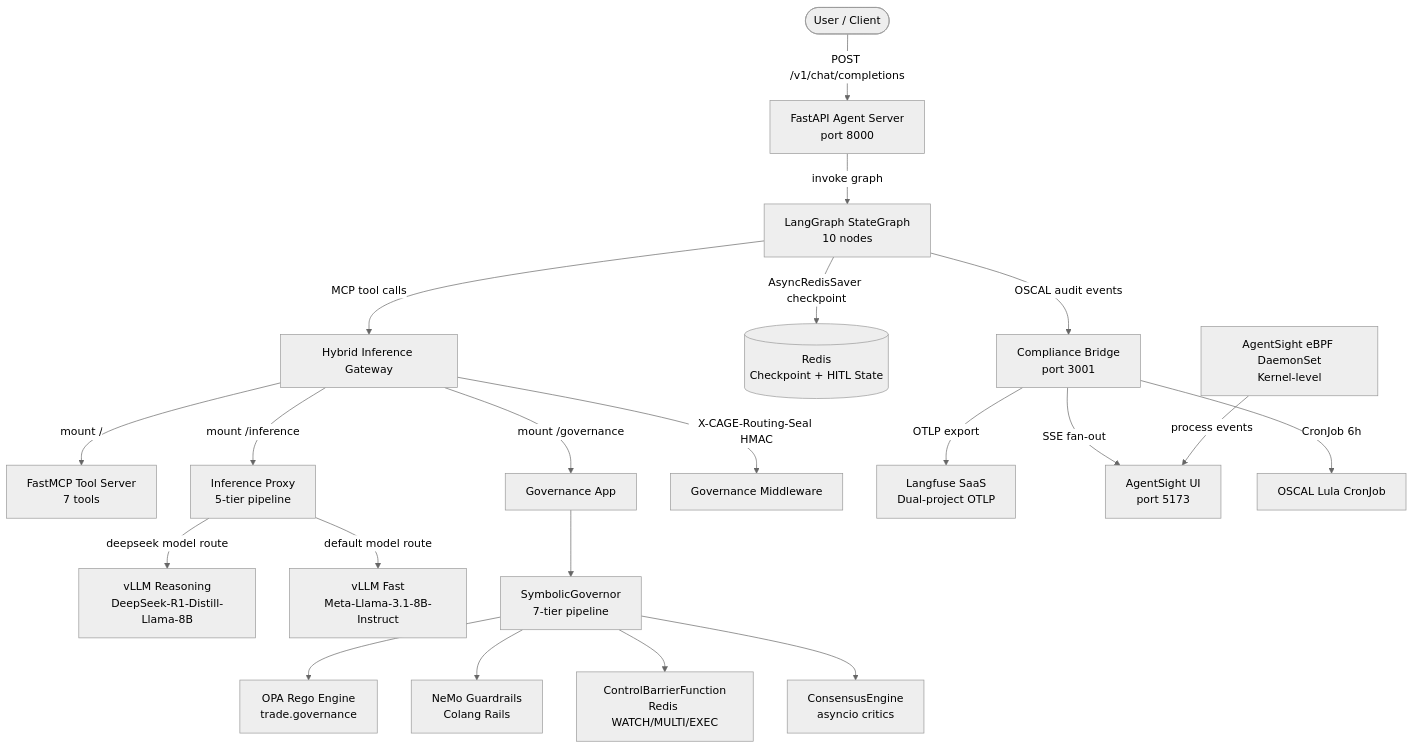
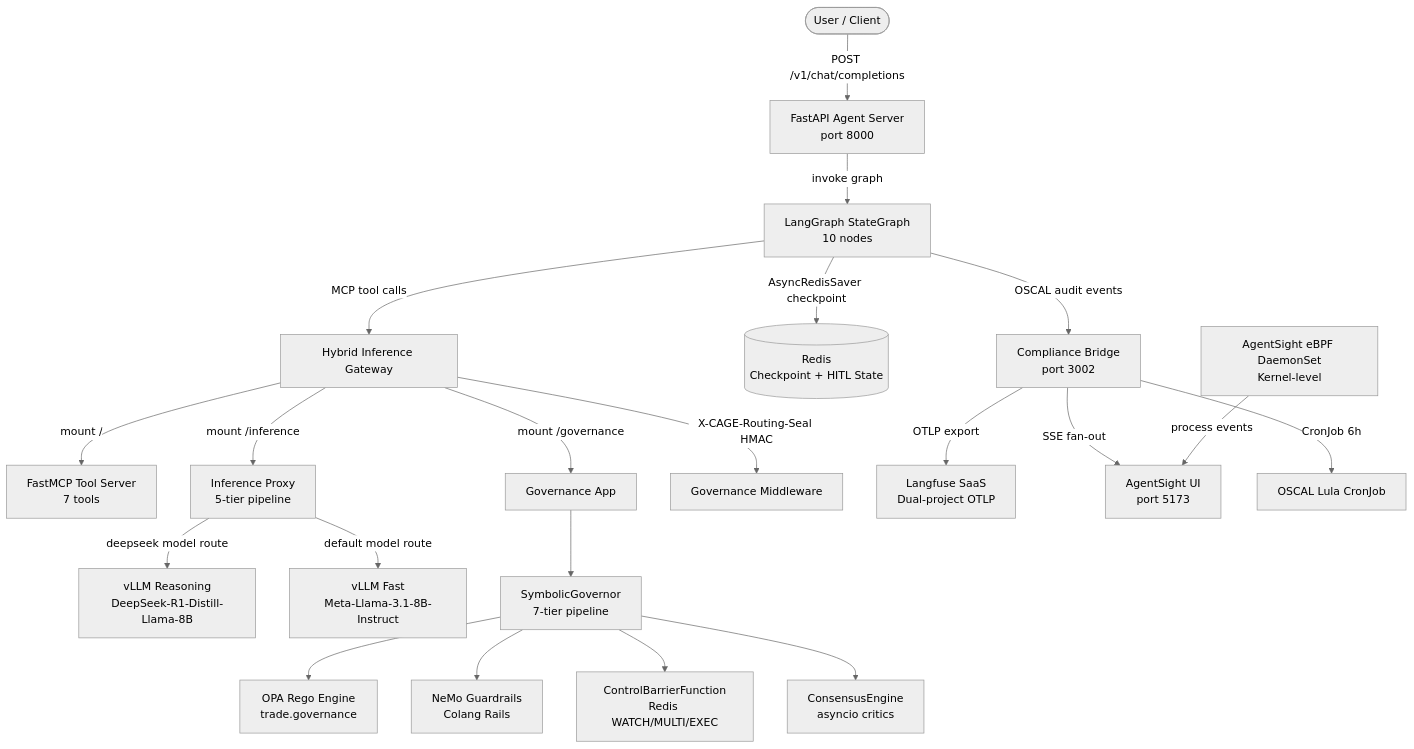
The first of 5 diagrams in docs/technical-report/02-ARCHITECTURE.md (google/cybernetic-agent-governance-engine), drawn with Mermaid (neutral theme) before and after one commit. The commit also changed other lines of this file and 35 other files, not shown here.

````diff
--- a/docs/technical-report/02-ARCHITECTURE.md
+++ b/docs/technical-report/02-ARCHITECTURE.md
@@ -37,30 +37,30 @@
 ```mermaid
 flowchart TD
     User([User / Client]) -->|POST /v1/chat/completions| FastAPI[FastAPI Agent Server\nport 8000]
 
     FastAPI -->|invoke graph| LangGraph[LangGraph StateGraph\n10 nodes]
 
     LangGraph -->|MCP tool calls| HybridGW[Hybrid Inference Gateway]
     LangGraph -->|AsyncRedisSaver checkpoint| Redis[(Redis\nCheckpoint + HITL State)]
-    LangGraph -->|OSCAL audit events| CompBridge[Compliance Bridge\nport 3001]
+    LangGraph -->|OSCAL audit events| CompBridge[Compliance Bridge\nport 3002]
 
     HybridGW -->|mount /| MCPApp[FastMCP Tool Server\n7 tools]
     HybridGW -->|mount /inference| InfProxy[Inference Proxy\n5-tier pipeline]
     HybridGW -->|mount /governance| GovApp[Governance App]
     HybridGW -->|X-CAGE-Routing-Seal HMAC| GovMiddleware[Governance Middleware]
 
     InfProxy -->|deepseek model route| vLLM_R[vLLM Reasoning\nDeepSeek-R1-Distill-Llama-8B]
     InfProxy -->|default model route| vLLM_F[vLLM Fast\nMeta-Llama-3.1-8B-Instruct]
 
     GovApp --> SymGov[SymbolicGovernor\n7-tier pipeline]
     SymGov --> OPA[OPA Rego Engine\ntrade.governance]
     SymGov --> NeMo[NeMo Guardrails\nColang Rails]
     SymGov --> CBF[ControlBarrierFunction\nRedis WATCH/MULTI/EXEC]
     SymGov --> Consensus[ConsensusEngine\nasyncio critics]
 
     CompBridge -->|OTLP export| Langfuse[Langfuse SaaS\nDual-project OTLP]
     CompBridge -->|SSE fan-out| AgentSightUI[AgentSight UI\nport 5173]
     CompBridge -->|CronJob 6h| OSCAL[OSCAL Lula CronJob]
 
     eBPF[AgentSight eBPF DaemonSet\nKernel-level] -->|process events| AgentSightUI
 ```
````
